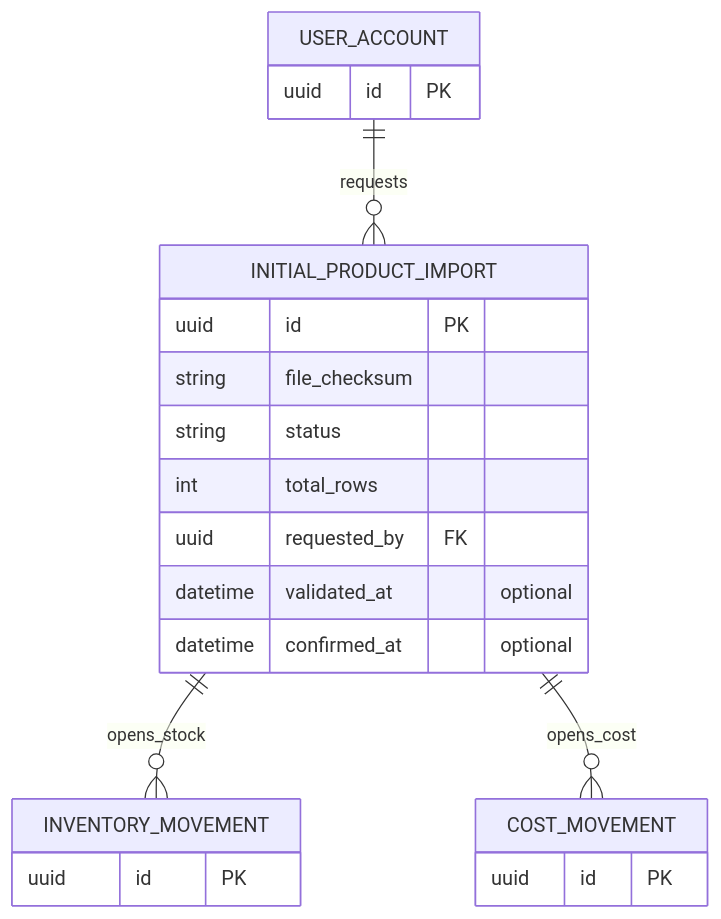
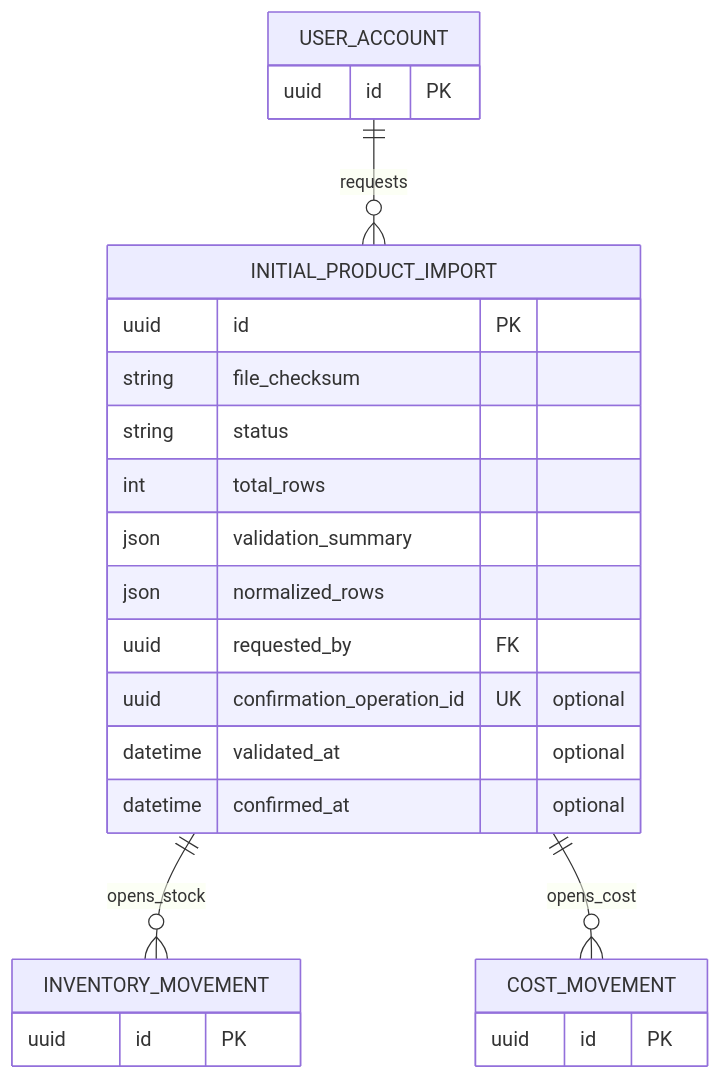
Before and after one commit to KendallRcs/nova: the seventh of 7 diagrams in docs/data/entity-relationship-diagram.md, drawn with Mermaid. The commit also changed other lines of this file and 22 other files, not shown here.

````diff
--- a/docs/data/entity-relationship-diagram.md
+++ b/docs/data/entity-relationship-diagram.md
@@ -573,25 +573,28 @@
 ```mermaid
 erDiagram
     USER_ACCOUNT ||--o{ INITIAL_PRODUCT_IMPORT : requests
     INITIAL_PRODUCT_IMPORT ||--o{ INVENTORY_MOVEMENT : opens_stock
     INITIAL_PRODUCT_IMPORT ||--o{ COST_MOVEMENT : opens_cost
 
     INITIAL_PRODUCT_IMPORT {
         uuid id PK
         string file_checksum
         string status
         int total_rows
+        json validation_summary
+        json normalized_rows
         uuid requested_by FK
+        uuid confirmation_operation_id UK "optional"
         datetime validated_at "optional"
         datetime confirmed_at "optional"
     }
     USER_ACCOUNT {
         uuid id PK
     }
     INVENTORY_MOVEMENT {
         uuid id PK
     }
     COST_MOVEMENT {
         uuid id PK
     }
 ```
````
